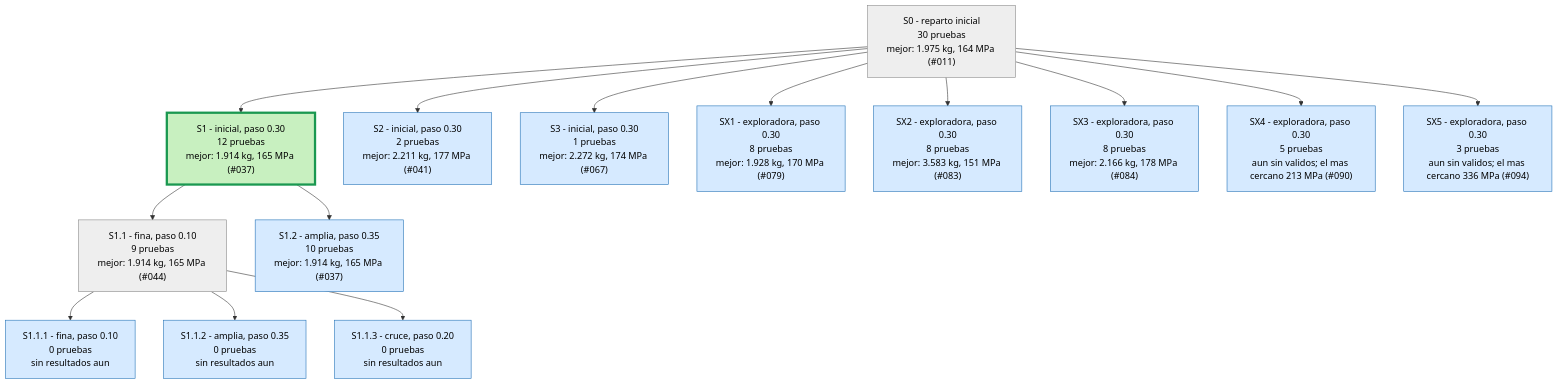
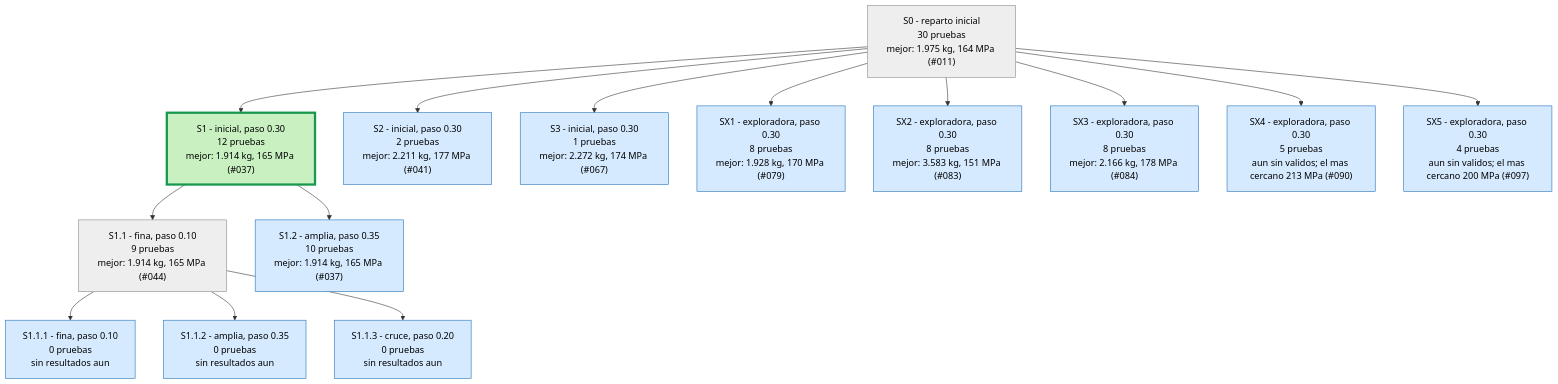
One commit to Hugiko/msd-soporte-optimizacion changed the first of 4 diagrams in runs/opt_37800N/ARBOL.md. Above: the diagram before and after it, drawn with Mermaid. The commit also changed 22 other files, not shown here.

````diff
--- a/runs/opt_37800N/ARBOL.md
+++ b/runs/opt_37800N/ARBOL.md
@@ -9,33 +9,33 @@
 ```mermaid
 graph TD
 classDef activa fill:#d6eaff,stroke:#1f6fb5,color:#000
 classDef fin fill:#eeeeee,stroke:#888,color:#000
 classDef mejor fill:#c8f0c0,stroke:#1a9850,stroke-width:4px,color:#000
 S0["S0 - reparto inicial<br/>30 pruebas<br/>mejor: 1.975 kg, 164 MPa (#011)"]:::fin
 S1["S1 - inicial, paso 0.30<br/>12 pruebas<br/>mejor: 1.914 kg, 165 MPa (#037)"]:::mejor
 S0 --> S1
 S2["S2 - inicial, paso 0.30<br/>2 pruebas<br/>mejor: 2.211 kg, 177 MPa (#041)"]:::activa
 S0 --> S2
 S3["S3 - inicial, paso 0.30<br/>1 pruebas<br/>mejor: 2.272 kg, 174 MPa (#067)"]:::activa
 S0 --> S3
 S1_1["S1.1 - fina, paso 0.10<br/>9 pruebas<br/>mejor: 1.914 kg, 165 MPa (#044)"]:::fin
 S1 --> S1_1
 S1_2["S1.2 - amplia, paso 0.35<br/>10 pruebas<br/>mejor: 1.914 kg, 165 MPa (#037)"]:::activa
 S1 --> S1_2
 S1_1_1["S1.1.1 - fina, paso 0.10<br/>0 pruebas<br/>sin resultados aun"]:::activa
 S1_1 --> S1_1_1
 S1_1_2["S1.1.2 - amplia, paso 0.35<br/>0 pruebas<br/>sin resultados aun"]:::activa
 S1_1 --> S1_1_2
 S1_1_3["S1.1.3 - cruce, paso 0.20<br/>0 pruebas<br/>sin resultados aun"]:::activa
 S1_1 --> S1_1_3
 SX1["SX1 - exploradora, paso 0.30<br/>8 pruebas<br/>mejor: 1.928 kg, 170 MPa (#079)"]:::activa
 S0 --> SX1
 SX2["SX2 - exploradora, paso 0.30<br/>8 pruebas<br/>mejor: 3.583 kg, 151 MPa (#083)"]:::activa
 S0 --> SX2
 SX3["SX3 - exploradora, paso 0.30<br/>8 pruebas<br/>mejor: 2.166 kg, 178 MPa (#084)"]:::activa
 S0 --> SX3
 SX4["SX4 - exploradora, paso 0.30<br/>5 pruebas<br/>aun sin validos; el mas cercano 213 MPa (#090)"]:::activa
 S0 --> SX4
-SX5["SX5 - exploradora, paso 0.30<br/>3 pruebas<br/>aun sin validos; el mas cercano 336 MPa (#094)"]:::activa
+SX5["SX5 - exploradora, paso 0.30<br/>4 pruebas<br/>aun sin validos; el mas cercano 200 MPa (#097)"]:::activa
 S0 --> SX5
 ```
````
